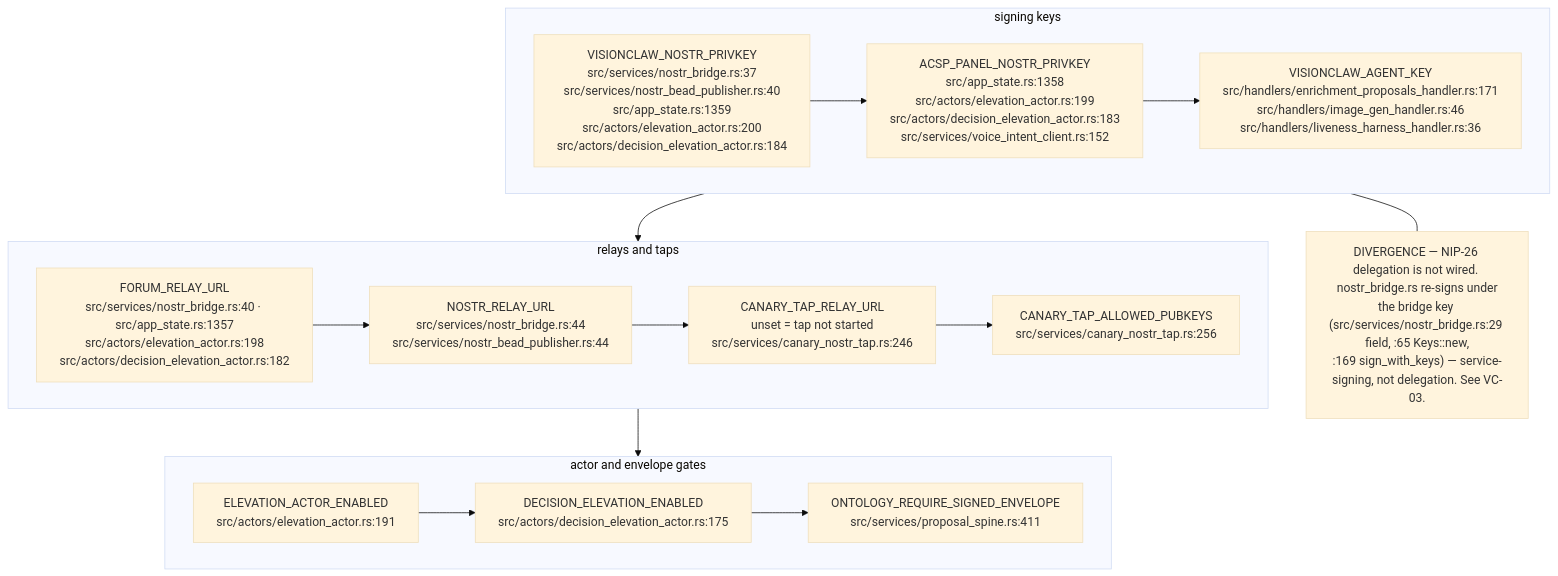
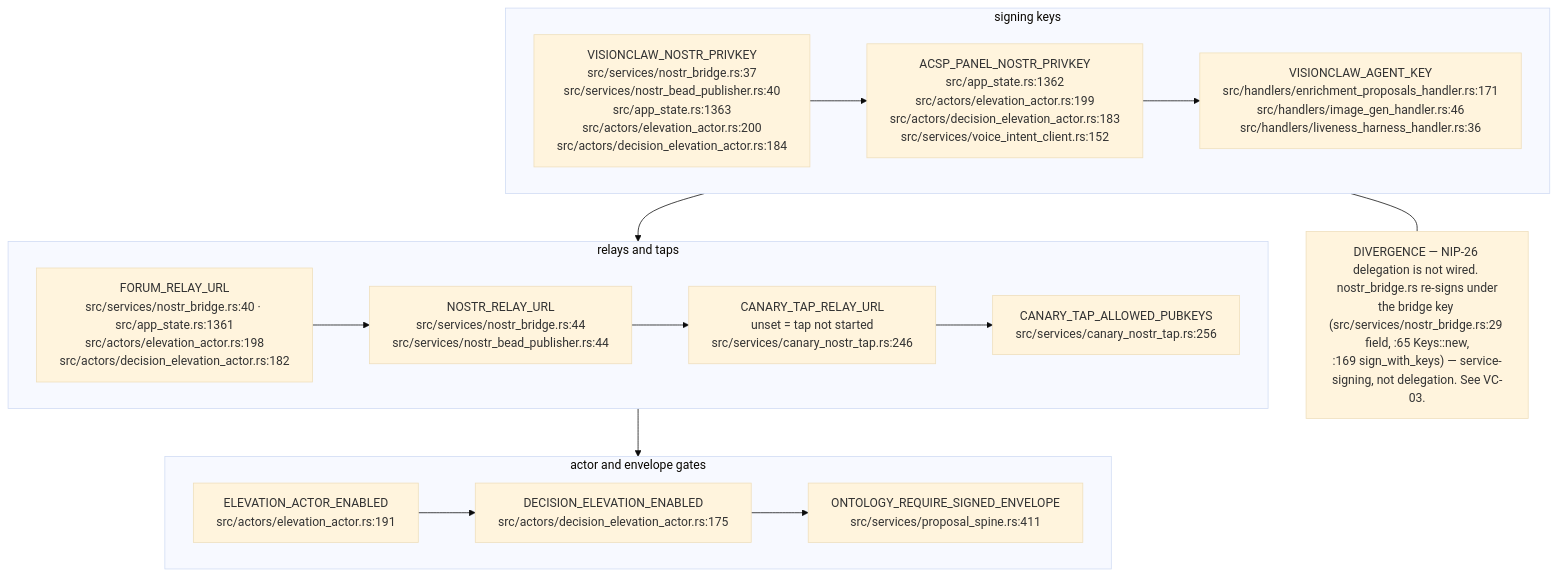
Before and after one commit to DreamLab-AI/VisionFlow: the tenth of 15 diagrams in docs/diagrams/visionclaw/09-config-and-env-flags.md, drawn with Mermaid (base theme). The commit also changed other lines of this file and 136 other files, not shown here.

First line of the commit message:
docs(diagrams): refresh the whole corpus to code HEAD and prune low-value diagrams

````diff
--- a/docs/diagrams/visionclaw/09-config-and-env-flags.md
+++ b/docs/diagrams/visionclaw/09-config-and-env-flags.md
@@ -428,15 +429,15 @@
 ```mermaid
 flowchart TB
     subgraph KEYS["signing keys"]
-        K1["VISIONCLAW_NOSTR_PRIVKEY<br/>src/services/nostr_bridge.rs:37<br/>src/services/nostr_bead_publisher.rs:40<br/>src/app_state.rs:1359<br/>src/actors/elevation_actor.rs:200<br/>src/actors/decision_elevation_actor.rs:184"] --> K2["ACSP_PANEL_NOSTR_PRIVKEY<br/>src/app_state.rs:1358<br/>src/actors/elevation_actor.rs:199<br/>src/actors/decision_elevation_actor.rs:183<br/>src/services/voice_intent_client.rs:152"] --> K3["VISIONCLAW_AGENT_KEY<br/>src/handlers/enrichment_proposals_handler.rs:171<br/>src/handlers/image_gen_handler.rs:46<br/>src/handlers/liveness_harness_handler.rs:36"]
+        K1["VISIONCLAW_NOSTR_PRIVKEY<br/>src/services/nostr_bridge.rs:37<br/>src/services/nostr_bead_publisher.rs:40<br/>src/app_state.rs:1363<br/>src/actors/elevation_actor.rs:200<br/>src/actors/decision_elevation_actor.rs:184"] --> K2["ACSP_PANEL_NOSTR_PRIVKEY<br/>src/app_state.rs:1362<br/>src/actors/elevation_actor.rs:199<br/>src/actors/decision_elevation_actor.rs:183<br/>src/services/voice_intent_client.rs:152"] --> K3["VISIONCLAW_AGENT_KEY<br/>src/handlers/enrichment_proposals_handler.rs:171<br/>src/handlers/image_gen_handler.rs:46<br/>src/handlers/liveness_harness_handler.rs:36"]
     end
     subgraph RELAYS["relays and taps"]
-        R1["FORUM_RELAY_URL<br/>src/services/nostr_bridge.rs:40 · src/app_state.rs:1357<br/>src/actors/elevation_actor.rs:198<br/>src/actors/decision_elevation_actor.rs:182"] --> R2["NOSTR_RELAY_URL<br/>src/services/nostr_bridge.rs:44<br/>src/services/nostr_bead_publisher.rs:44"] --> R3["CANARY_TAP_RELAY_URL<br/>unset = tap not started<br/>src/services/canary_nostr_tap.rs:246"] --> R4["CANARY_TAP_ALLOWED_PUBKEYS<br/>src/services/canary_nostr_tap.rs:256"]
+        R1["FORUM_RELAY_URL<br/>src/services/nostr_bridge.rs:40 · src/app_state.rs:1361<br/>src/actors/elevation_actor.rs:198<br/>src/actors/decision_elevation_actor.rs:182"] --> R2["NOSTR_RELAY_URL<br/>src/services/nostr_bridge.rs:44<br/>src/services/nostr_bead_publisher.rs:44"] --> R3["CANARY_TAP_RELAY_URL<br/>unset = tap not started<br/>src/services/canary_nostr_tap.rs:246"] --> R4["CANARY_TAP_ALLOWED_PUBKEYS<br/>src/services/canary_nostr_tap.rs:256"]
     end
     subgraph GATES["actor and envelope gates"]
         G1["ELEVATION_ACTOR_ENABLED<br/>src/actors/elevation_actor.rs:191"] --> G2["DECISION_ELEVATION_ENABLED<br/>src/actors/decision_elevation_actor.rs:175"] --> G3["ONTOLOGY_REQUIRE_SIGNED_ENVELOPE<br/>src/services/proposal_spine.rs:411"]
     end
     KEYS --> RELAYS --> GATES
     N3["DIVERGENCE — NIP-26 delegation is not wired. nostr_bridge.rs re-signs under<br/>the bridge key (src/services/nostr_bridge.rs:29 field, :65 Keys::new,<br/>:169 sign_with_keys) — service-signing, not delegation. See VC-03."]
     KEYS --- N3
 ```
````
